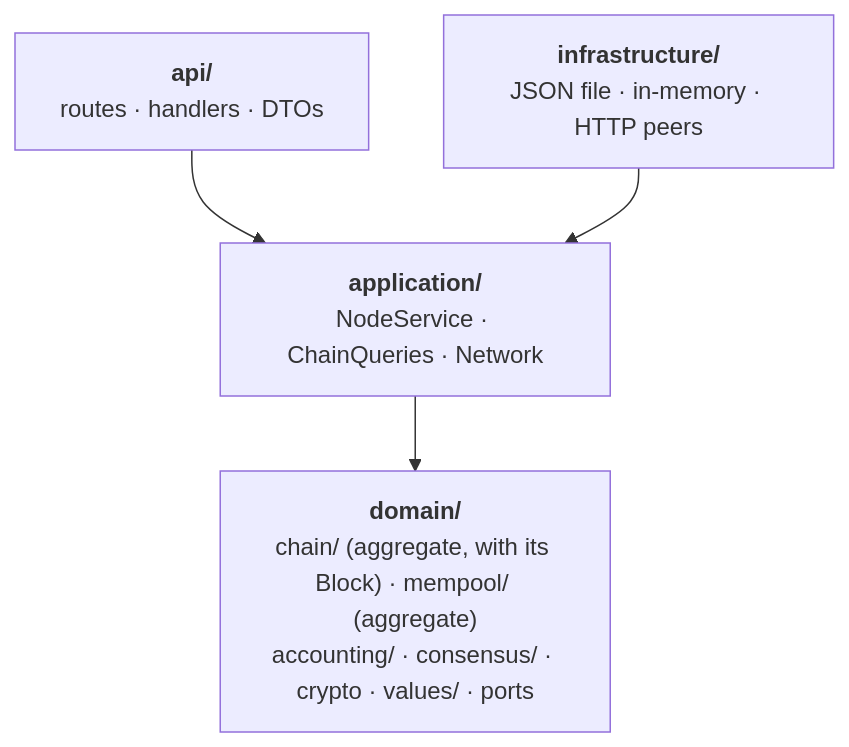
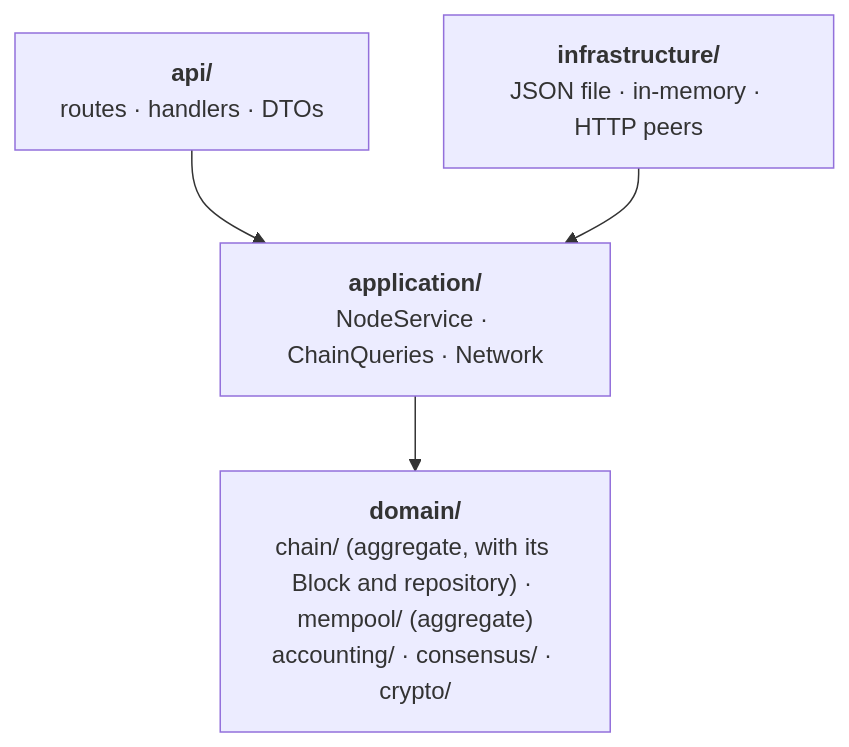
One commit to alex-quiterio/blockchain-rs changed the fifth of 5 diagrams in README.md. Above: the diagram before and after it, drawn with Mermaid. The commit also changed other lines of this file and 62 other files, not shown here.

First line of the commit message:
Dissolve values/ and error.rs into their concepts; the repository joins the chain

````diff
--- a/README.md
+++ b/README.md
@@ -219,7 +219,7 @@
 ```mermaid
 flowchart TB
     api["<b>api/</b><br/>routes · handlers · DTOs"] --> app
     infra["<b>infrastructure/</b><br/>JSON file · in-memory · HTTP peers"] --> app
     app["<b>application/</b><br/>NodeService · ChainQueries · Network"] --> domain
-    domain["<b>domain/</b><br/>chain/ (aggregate, with its Block) · mempool/ (aggregate)<br/>accounting/ · consensus/ · crypto · values/ · ports"]
+    domain["<b>domain/</b><br/>chain/ (aggregate, with its Block and repository) · mempool/ (aggregate)<br/>accounting/ · consensus/ · crypto/"]
 ```
````
